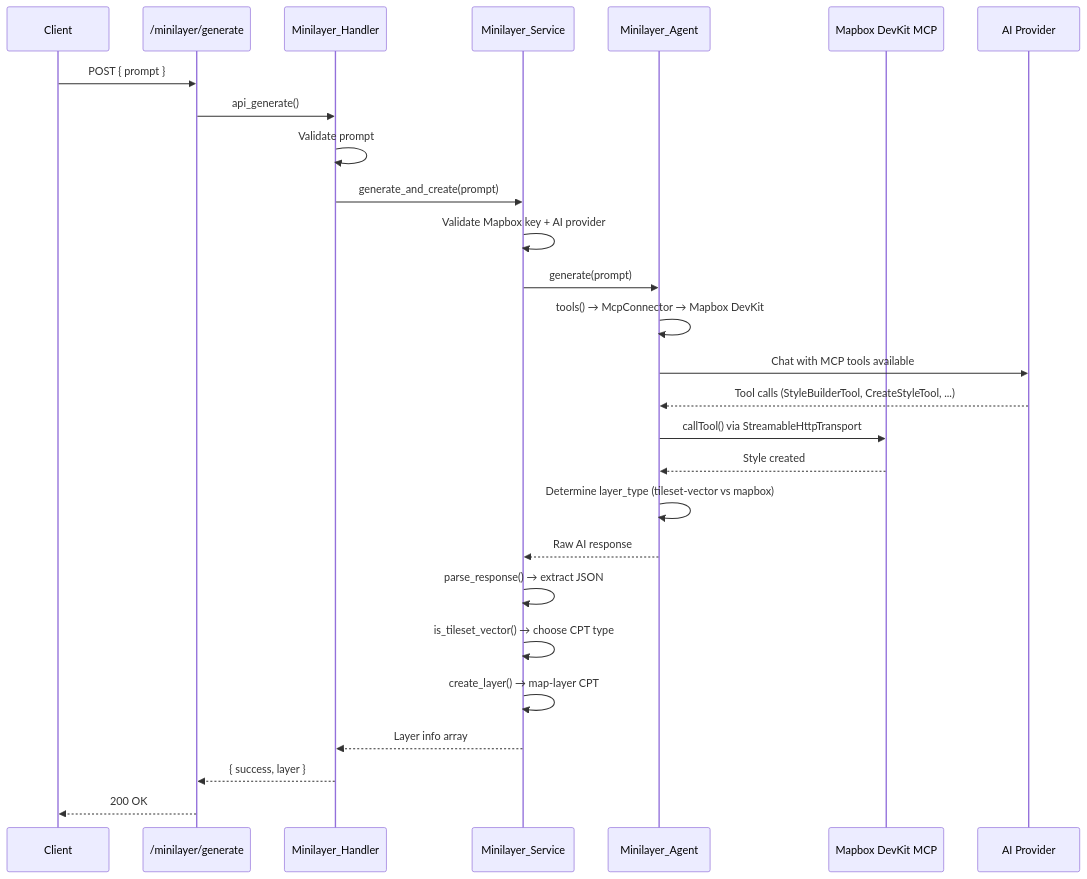
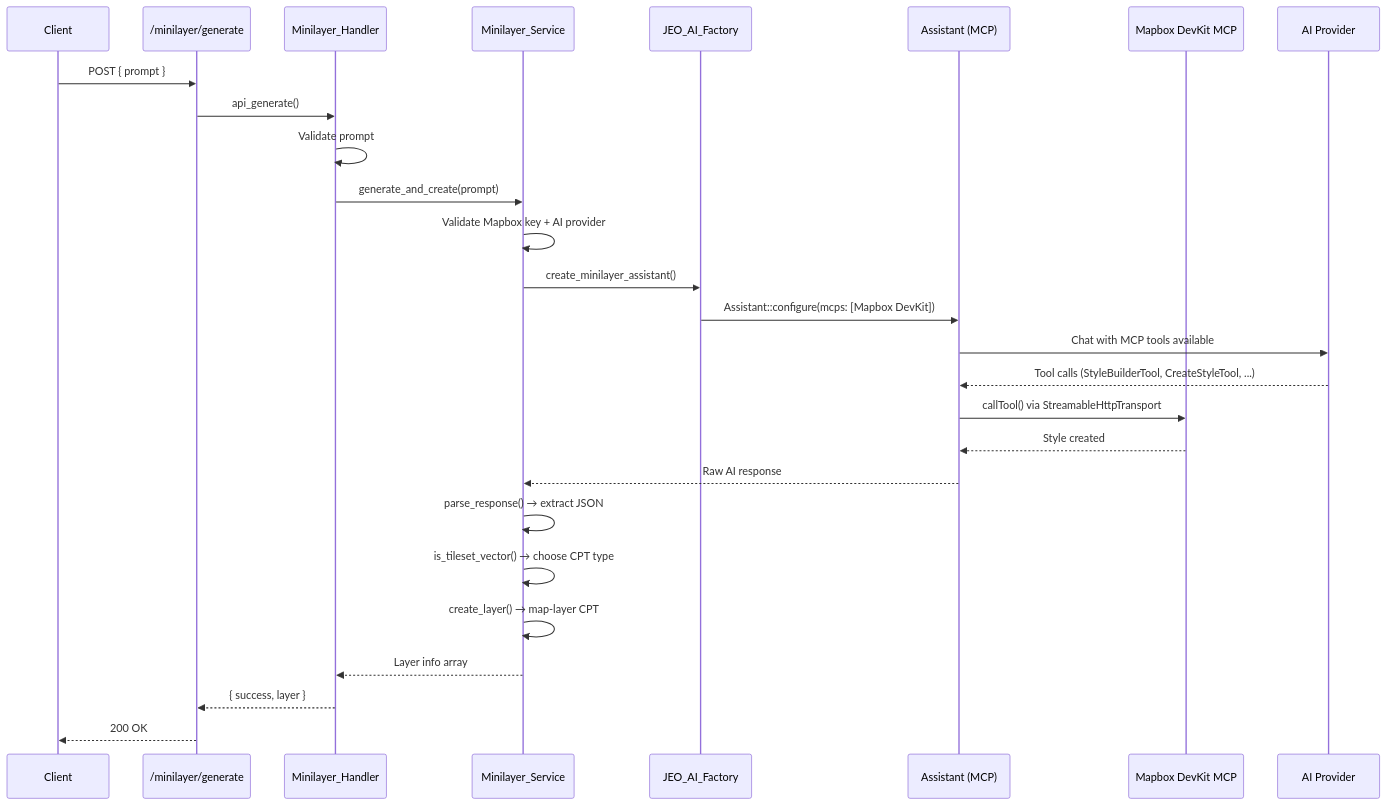
Before and after one commit to InfoAmazonia/jeo-plugin: the diagram in .architecture/minilayer/README.md, drawn with Mermaid. The commit also changed other lines of this file and 6 other files, not shown here.

First line of the commit message:
refactor(ai): migrate Minilayer to hacklabr/ai-assistant with native MCP

````diff
--- a/.architecture/minilayer/README.md
+++ b/.architecture/minilayer/README.md
@@ -16,30 +16,30 @@
 ```mermaid
 sequenceDiagram
     participant Client
     participant REST as /minilayer/generate
     participant H as Minilayer_Handler
     participant S as Minilayer_Service
-    participant A as Minilayer_Agent
+    participant F as JEO_AI_Factory
+    participant A as Assistant (MCP)
     participant MCP as Mapbox DevKit MCP
     participant LLM as AI Provider
 
     Client->>REST: POST { prompt }
     REST->>H: api_generate()
     H->>H: Validate prompt
     H->>S: generate_and_create(prompt)
     S->>S: Validate Mapbox key + AI provider
-    S->>A: generate(prompt)
-    A->>A: tools() → McpConnector → Mapbox DevKit
+    S->>F: create_minilayer_assistant()
+    F->>A: Assistant::configure(mcps: [Mapbox DevKit])
     A->>LLM: Chat with MCP tools available
     LLM-->>A: Tool calls (StyleBuilderTool, CreateStyleTool, ...)
     A->>MCP: callTool() via StreamableHttpTransport
     MCP-->>A: Style created
-    A->>A: Determine layer_type (tileset-vector vs mapbox)
     A-->>S: Raw AI response
     S->>S: parse_response() → extract JSON
     S->>S: is_tileset_vector() → choose CPT type
     S->>S: create_layer() → map-layer CPT
     S-->>H: Layer info array
     H-->>REST: { success, layer }
     REST-->>Client: 200 OK
 ```
````
